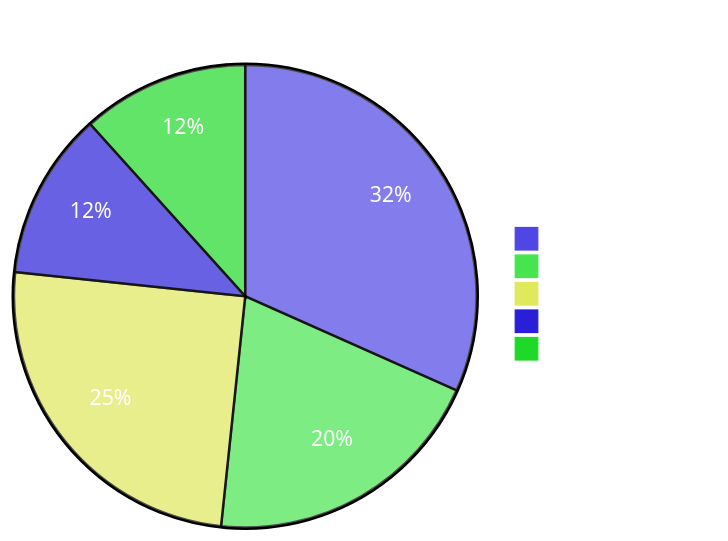
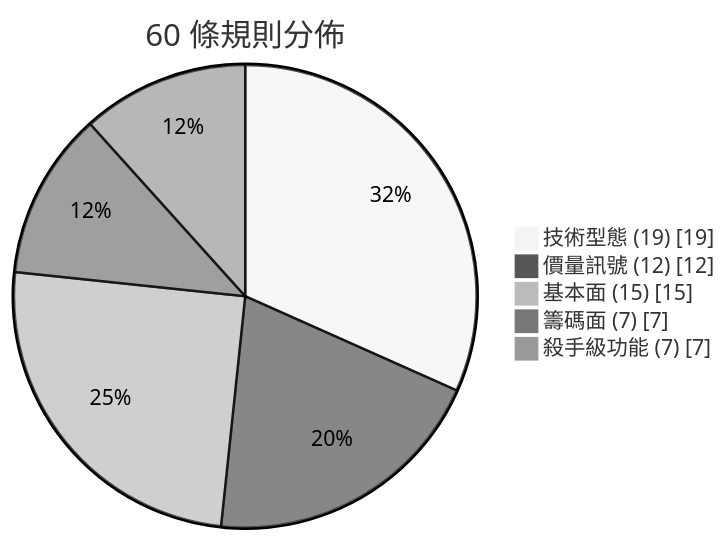
The second of 3 diagrams in docs/RULE_ENGINE.md (Neal75418/afterclose), drawn with Mermaid before and after one commit. The commit also changed other lines of this file and 6 other files, not shown here.

First line of the commit message:
docs: update documentation — test counts, dark-mode Mermaid, CHANGELOG entries, anchor fixes

````diff
--- a/docs/RULE_ENGINE.md
+++ b/docs/RULE_ENGINE.md
@@ -35,9 +35,9 @@
 ```mermaid
-%%{init: {'theme': 'base', 'themeVariables': {'primaryColor': '#4F46E5', 'primaryTextColor': '#fff', 'primaryBorderColor': '#3730A3', 'pieOuterStrokeWidth': '2px', 'fontSize': '14px'}}}%%
+%%{init: {'theme': 'neutral'}}%%
 pie showData title 60 條規則分佈
     "技術型態 (19)" : 19
     "價量訊號 (12)" : 12
     "基本面 (15)" : 15
     "籌碼面 (7)" : 7
     "殺手級功能 (7)" : 7
 ```
````
